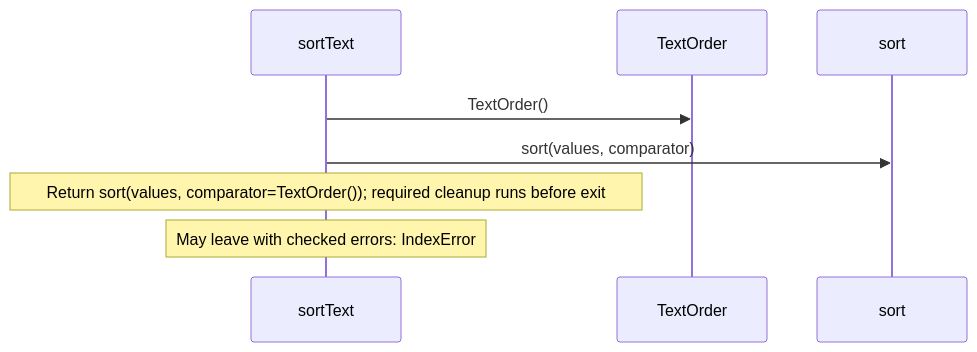
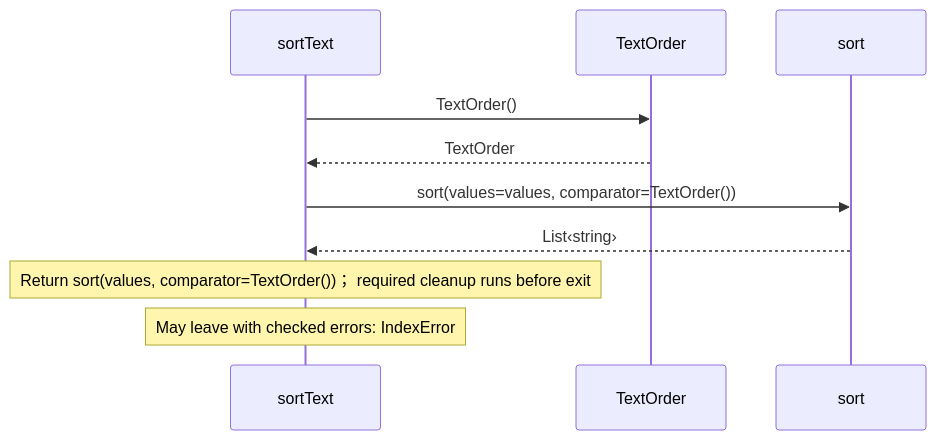
Before and after one commit to GreenPandaStudios/augscript: diagram 12 of 12 in src/stdlib/collections/operations.aug.diagrams.md, drawn with Mermaid. The commit also changed other lines of this file and 524 other files, not shown here.

Commit message:
Explain checked data flow at folder and service levels

````diff
--- a/src/stdlib/collections/operations.aug.diagrams.md
+++ b/src/stdlib/collections/operations.aug.diagrams.md
@@ -385,10 +364,12 @@
 ```mermaid
 sequenceDiagram
     participant p0 as sortText
     participant p1 as TextOrder
     participant p2 as sort
     p0->>p1: TextOrder()
-    p0->>p2: sort(values, comparator)
-    Note over p0: Return sort(values, comparator=TextOrder())#59; required cleanup runs before exit
+    p1-->>p0: TextOrder
+    p0->>p2: sort(values=values, comparator=TextOrder())
+    p2-->>p0: List‹string›
+    Note over p0: Return sort(values, comparator=TextOrder())； required cleanup runs before exit
     Note over p0: May leave with checked errors: IndexError
 ```
````
